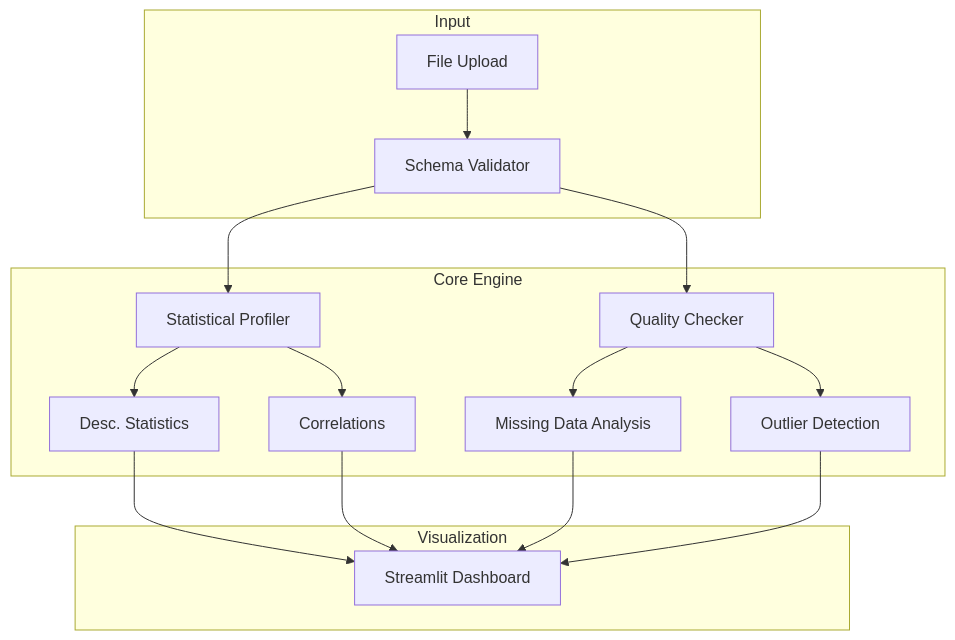
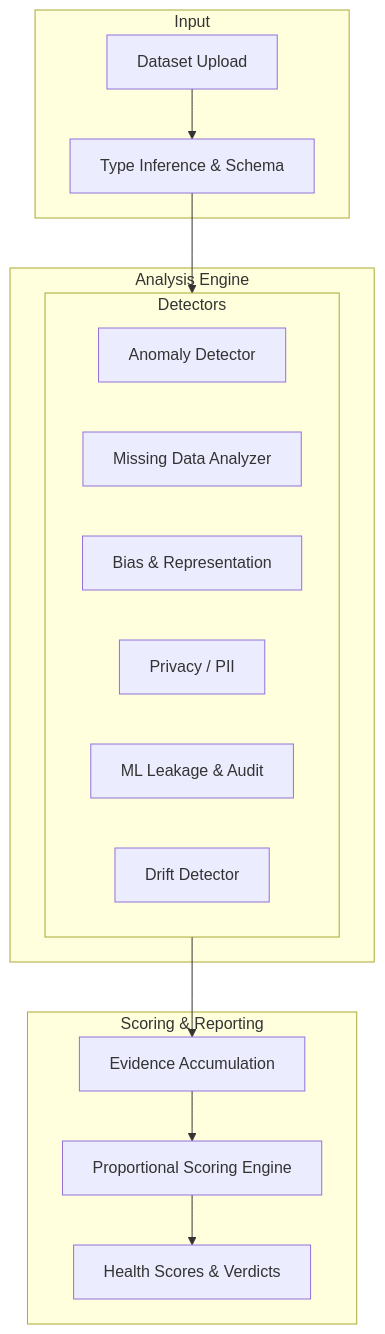
The diagram in README.md (Goddex-123/Data-Autopsy-System), drawn with Mermaid before and after one commit. The commit also changed other lines of this file and 25 other files, not shown here.

````diff
--- a/README.md
+++ b/README.md
@@ -30,24 +30,25 @@
 ```mermaid
 graph TD
     subgraph Input
-        Upload[File Upload] --> Validator[Schema Validator]
+        Upload[Dataset Upload] --> Schema[Type Inference & Schema]
     end
 
-    subgraph Core Engine
-        Validator --> Profiler[Statistical Profiler]
-        Validator --> QA[Quality Checker]
+    subgraph Analysis Engine
+        Schema --> Detectors
         
-        Profiler --> Stats[Desc. Statistics]
-        Profiler --> Corr[Correlations]
-        
-        QA --> Nulls[Missing Data Analysis]
-        QA --> Outliers[Outlier Detection]
+        subgraph Detectors
+            Anomaly[Anomaly Detector]
+            Missing[Missing Data Analyzer]
+            Bias[Bias & Representation]
+            Privacy[Privacy / PII]
+            MLAudit[ML Leakage & Audit]
+            Drift[Drift Detector]
+        end
     end
 
-    subgraph Visualization
-        Stats --> Dash[Streamlit Dashboard]
-        Corr --> Dash
-        Nulls --> Dash
-        Outliers --> Dash
+    subgraph Scoring & Reporting
+        Detectors --> Evidence[Evidence Accumulation]
+        Evidence --> Engine[Proportional Scoring Engine]
+        Engine --> Output[Health Scores & Verdicts]
     end
 ```
````
